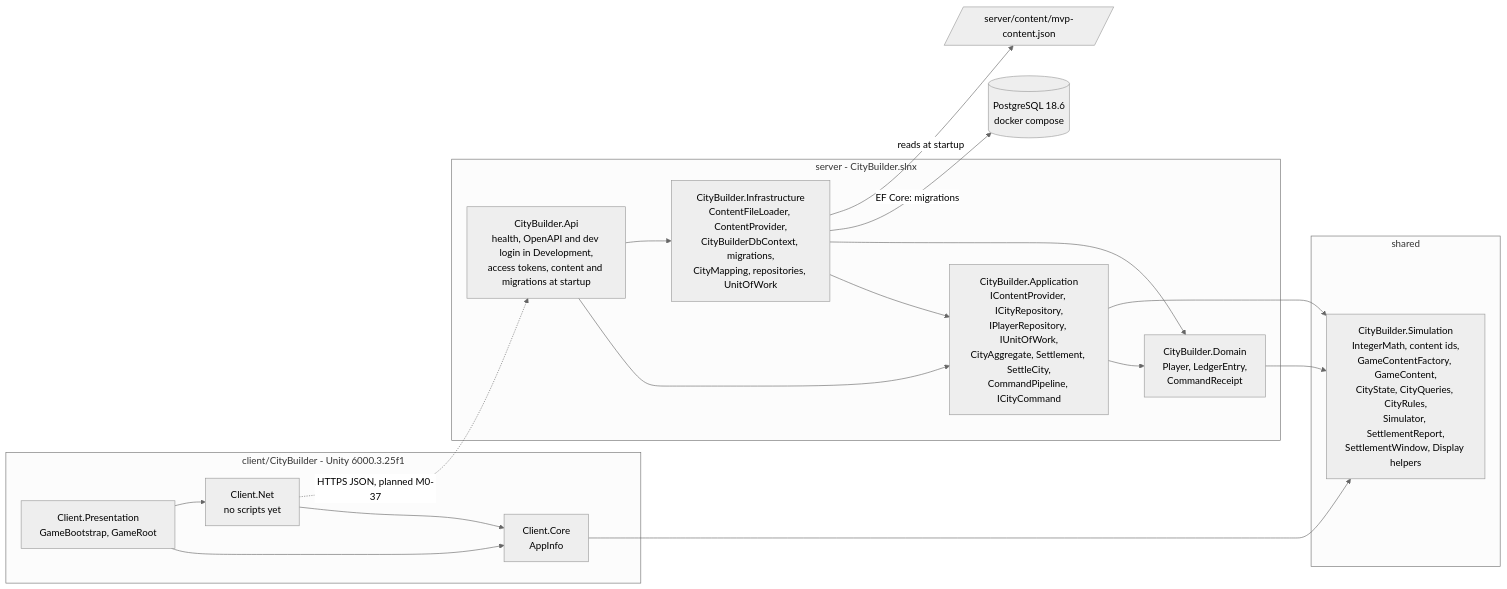
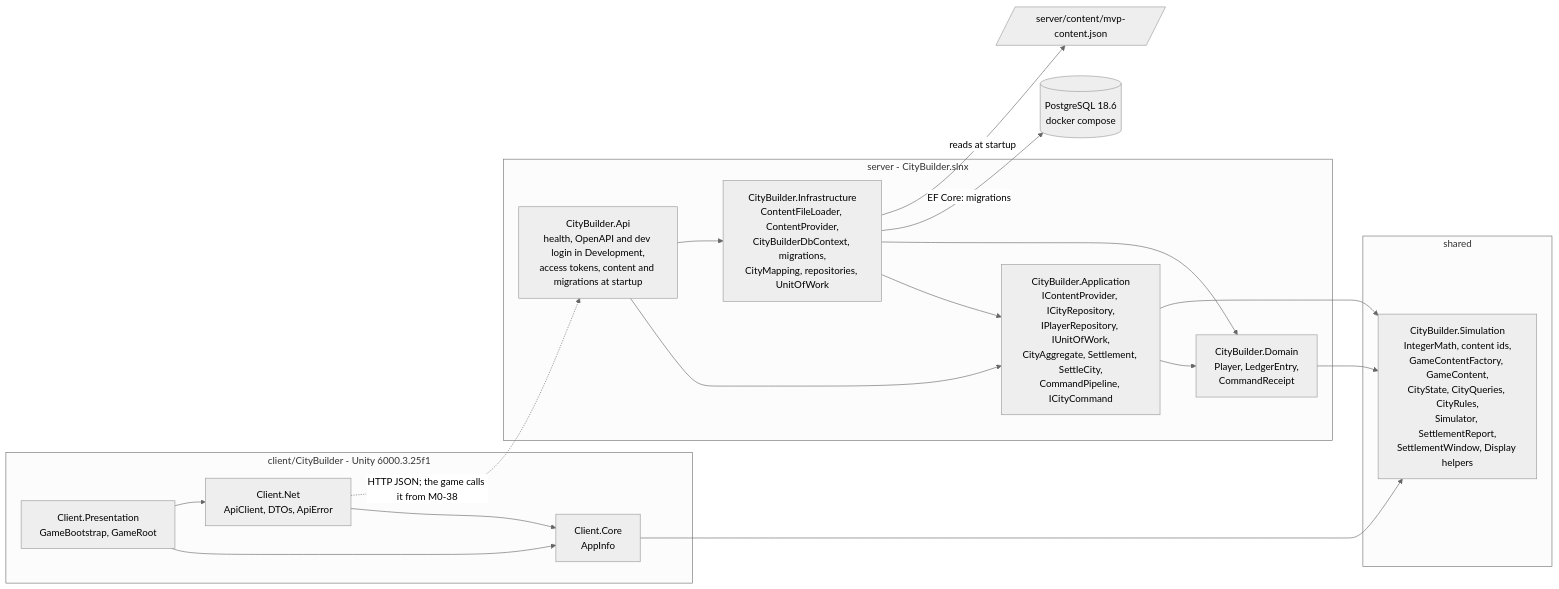
The diagram in docs/architecture/overview.md (Samurai-netizen/citybuild), drawn with Mermaid (neutral theme) before and after one commit. The commit also changed other lines of this file and 174 other files, not shown here.

First line of the commit message:
feat(M0-37): API client and DTOs (#49)

````diff
--- a/docs/architecture/overview.md
+++ b/docs/architecture/overview.md
@@ -20,34 +20,34 @@
 ```mermaid
 flowchart LR
   subgraph clientside["client/CityBuilder - Unity 6000.3.25f1"]
     PRES["Client.Presentation<br/>GameBootstrap, GameRoot"]
-    NET["Client.Net<br/>no scripts yet"]
+    NET["Client.Net<br/>ApiClient, DTOs, ApiError"]
     CORE["Client.Core<br/>AppInfo"]
   end
   subgraph sharedside["shared"]
     SIM["CityBuilder.Simulation<br/>IntegerMath, content ids,<br/>GameContentFactory, GameContent,<br/>CityState, CityQueries, CityRules,<br/>Simulator, SettlementReport,<br/>SettlementWindow, Display helpers"]
   end
   subgraph serverside["server - CityBuilder.slnx"]
     API["CityBuilder.Api<br/>health, OpenAPI and dev login in Development,<br/>access tokens, content and migrations at startup"]
     INF["CityBuilder.Infrastructure<br/>ContentFileLoader, ContentProvider,<br/>CityBuilderDbContext, migrations,<br/>CityMapping, repositories, UnitOfWork"]
     APP["CityBuilder.Application<br/>IContentProvider, ICityRepository,<br/>IPlayerRepository, IUnitOfWork,<br/>CityAggregate, Settlement, SettleCity,<br/>CommandPipeline, ICityCommand"]
     DOM["CityBuilder.Domain<br/>Player, LedgerEntry,<br/>CommandReceipt"]
   end
   DB[("PostgreSQL 18.6<br/>docker compose")]
   FILE[/"server/content/mvp-content.json"/]
   PRES --> CORE
   PRES --> NET
   NET --> CORE
   CORE --> SIM
   API --> APP
   API --> INF
   INF --> APP
   INF --> DOM
   APP --> DOM
   APP --> SIM
   DOM --> SIM
-  NET -.->|"HTTPS JSON, planned M0-37"| API
+  NET -.->|"HTTP JSON; the game calls it from M0-38"| API
   INF -->|"EF Core: migrations"| DB
   INF -->|"reads at startup"| FILE
   classDef planned stroke-dasharray: 4 4
 ```
````
